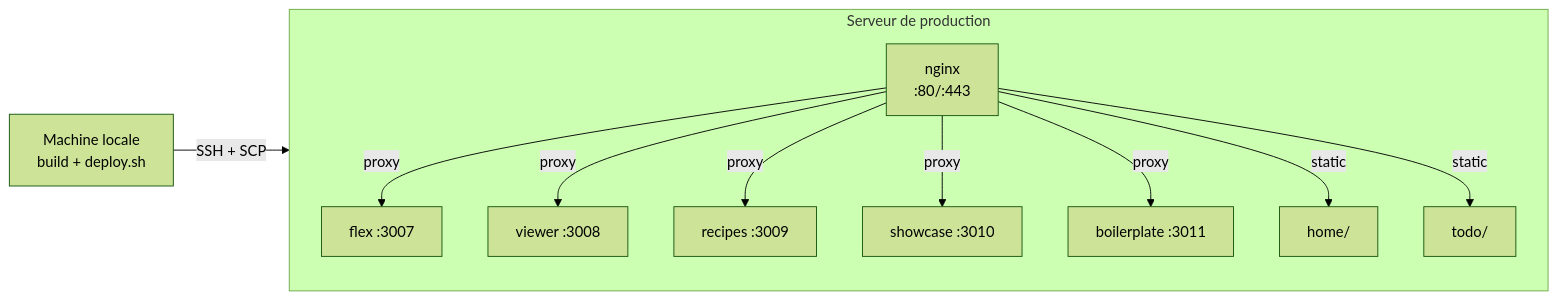
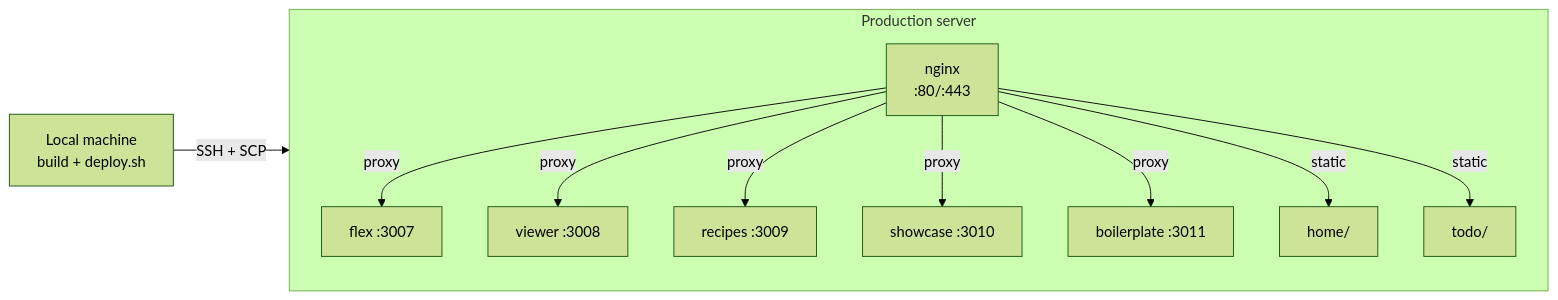
The first of 2 diagrams in docs/starlight/src/content/docs/guide/deploy.mdx (jeanbaptiste/webmcp-auto-ui), drawn with Mermaid (forest theme) before and after one commit. The commit also changed other lines of this file and 94 other files, not shown here.

````diff
--- a/docs/starlight/src/content/docs/guide/deploy.mdx
+++ b/docs/starlight/src/content/docs/guide/deploy.mdx
@@ -23,14 +23,14 @@
 ```mermaid
 graph LR
-    DEV[Machine locale<br/>build + deploy.sh] -->|SSH + SCP| SERVER[demo.hyperskills.net]
+    DEV[Local machine<br/>build + deploy.sh] -->|SSH + SCP| SERVER[demo.hyperskills.net]
 
-    subgraph SERVER["Serveur de production"]
+    subgraph SERVER["Production server"]
         NGINX[nginx<br/>:80/:443] -->|proxy| FLEX[flex :3007]
         NGINX -->|proxy| VIEWER[viewer :3008]
         NGINX -->|proxy| RECIPES[recipes :3009]
         NGINX -->|proxy| SHOWCASE[showcase :3010]
         NGINX -->|proxy| BOILER[boilerplate :3011]
         NGINX -->|static| HOME[home/]
         NGINX -->|static| TODO[todo/]
     end
 ```
````
